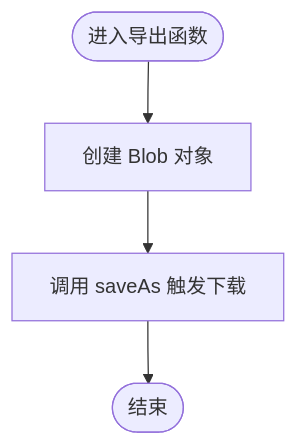
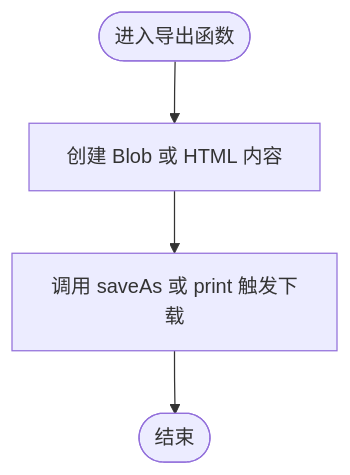
Before and after one commit to leonaiuv/PRDbot: the third of 5 diagrams in .qoder/repowiki/zh/content/导出功能.md, drawn with Mermaid. The commit also changed other lines of this file and 7 other files, not shown here.

````diff
--- a/.qoder/repowiki/zh/content/导出功能.md
+++ b/.qoder/repowiki/zh/content/导出功能.md
@@ -130,6 +149,6 @@
 ```mermaid
 flowchart TD
-Start(["进入导出函数"]) --> BuildBlob["创建 Blob 对象"]
-BuildBlob --> SaveAs["调用 saveAs 触发下载"]
+Start(["进入导出函数"]) --> BuildBlob["创建 Blob 或 HTML 内容"]
+BuildBlob --> SaveAs["调用 saveAs 或 print 触发下载"]
 SaveAs --> End(["结束"])
 ```
````
